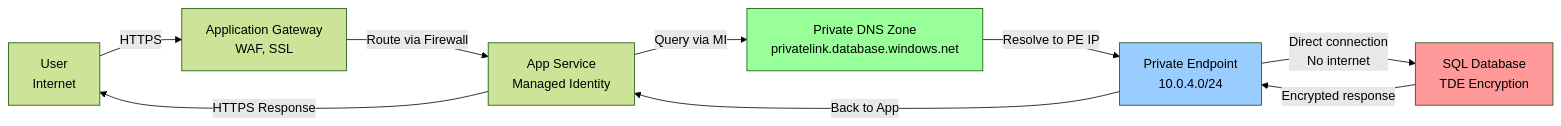
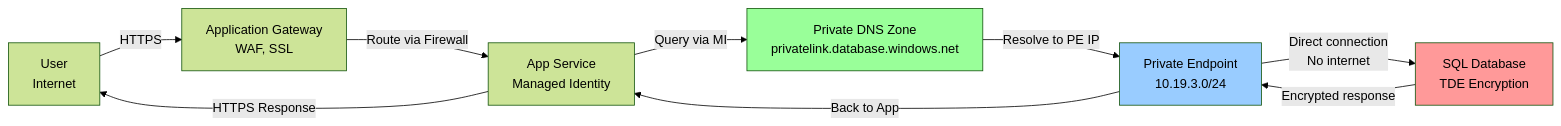
Before and after one commit to neetima27/AzureNamingTool: the fifth of 10 diagrams in design/diagrams/ARCHITECTURE_DIAGRAMS.md, drawn with Mermaid (forest theme). The commit also changed other lines of this file and 13 other files, not shown here.

````diff
--- a/design/diagrams/ARCHITECTURE_DIAGRAMS.md
+++ b/design/diagrams/ARCHITECTURE_DIAGRAMS.md
@@ -202,22 +204,22 @@
 ```mermaid
 graph LR
     USER["User<br/>Internet"]
     GW["Application Gateway<br/>WAF, SSL"]
     APP["App Service<br/>Managed Identity"]
-    PE["Private Endpoint<br/>10.0.4.0/24"]
+    PE["Private Endpoint<br/>10.19.3.0/24"]
     DNS["Private DNS Zone<br/>privatelink.database.windows.net"]
     DB["SQL Database<br/>TDE Encryption"]
     
     USER -->|HTTPS| GW
     GW -->|Route via Firewall| APP
     APP -->|Query via MI| DNS
     DNS -->|Resolve to PE IP| PE
     PE -->|Direct connection<br/>No internet| DB
     DB -->|Encrypted response| PE
     PE -->|Back to App| APP
     APP -->|HTTPS Response| USER
     
     style DB fill:#ff9999
     style PE fill:#99ccff
     style DNS fill:#99ff99
 ```
````
